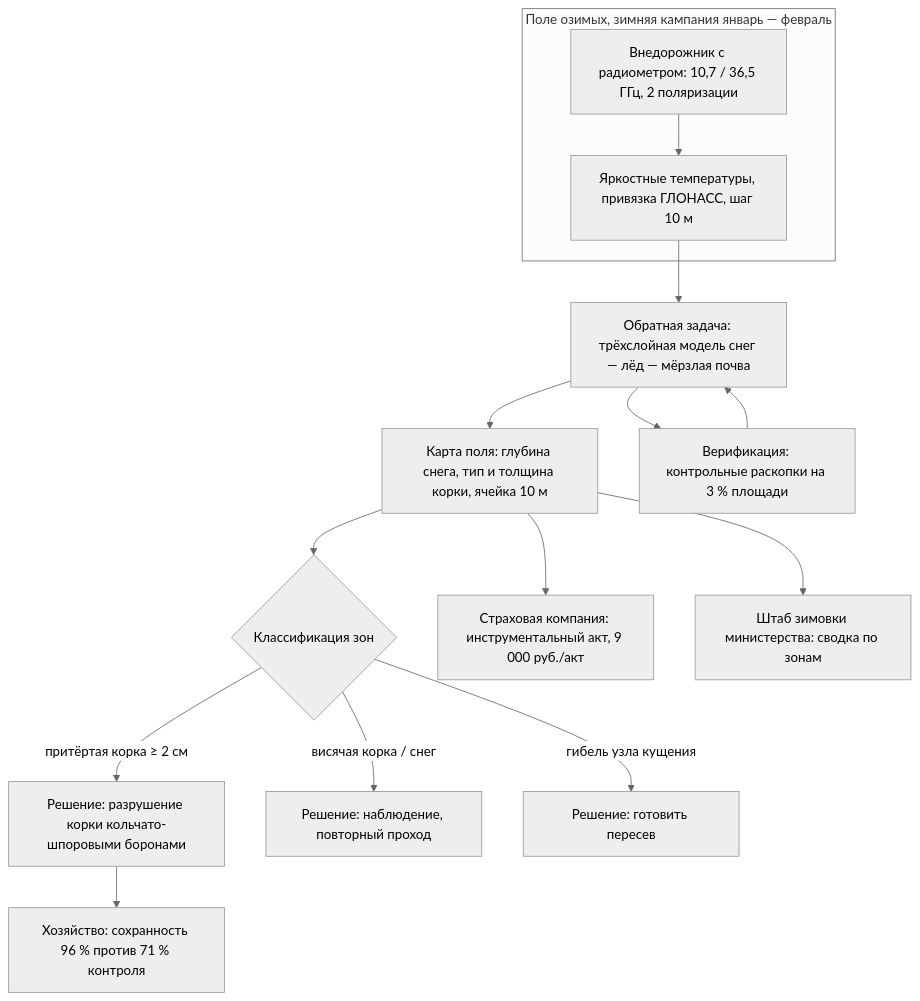
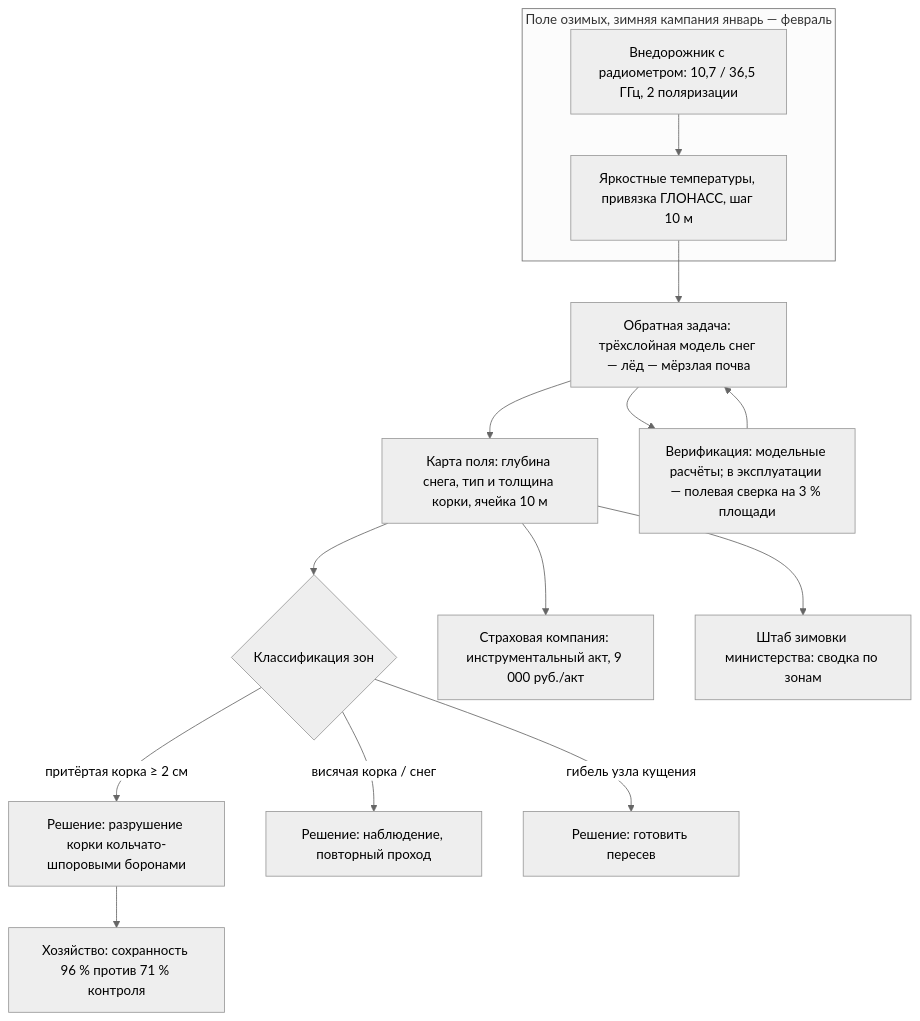
The diagram in abredzh_islam/02_agro_biotech/images/ledozor_arch.mmd (Igorr112323/-IQYOGOD), drawn with Mermaid (neutral theme) before and after one commit. The commit also changed 136 other files, not shown here.

```diff
--- a/abredzh_islam/02_agro_biotech/images/ledozor_arch.mmd
+++ b/abredzh_islam/02_agro_biotech/images/ledozor_arch.mmd
@@ -1,15 +1,15 @@
 flowchart TB
     subgraph FIELD["Поле озимых, зимняя кампания январь — февраль"]
         A["Внедорожник с радиометром: 10,7 / 36,5 ГГц, 2 поляризации"] --> B["Яркостные температуры, привязка ГЛОНАСС, шаг 10 м"]
     end
     B --> C["Обратная задача: трёхслойная модель снег — лёд — мёрзлая почва"]
     C --> D["Карта поля: глубина снега, тип и толщина корки, ячейка 10 м"]
     D --> E{"Классификация зон"}
     E -->|"притёртая корка ≥ 2 см"| F["Решение: разрушение корки кольчато-шпоровыми боронами"]
     E -->|"висячая корка / снег"| G["Решение: наблюдение, повторный проход"]
     E -->|"гибель узла кущения"| H["Решение: готовить пересев"]
     F --> I["Хозяйство: сохранность 96 % против 71 % контроля"]
     D --> J["Страховая компания: инструментальный акт, 9 000 руб./акт"]
     D --> K["Штаб зимовки министерства: сводка по зонам"]
-    C --> L["Верификация: контрольные раскопки на 3 % площади"]
+    C --> L["Верификация: модельные расчёты; в эксплуатации — полевая сверка на 3 % площади"]
     L --> C
```
